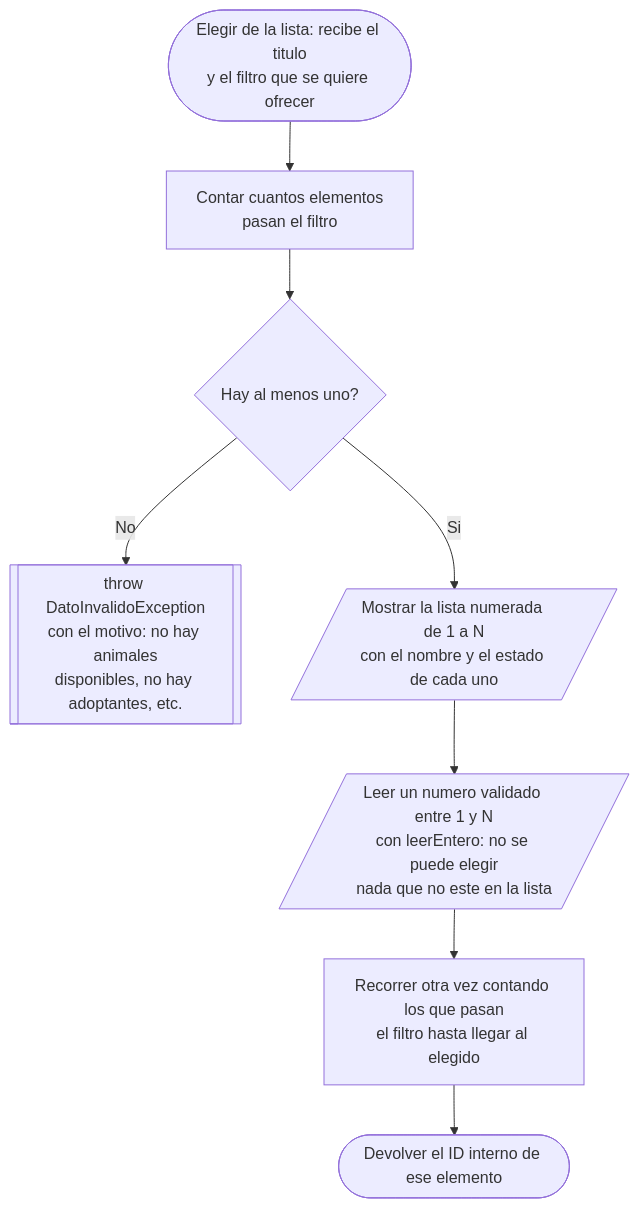
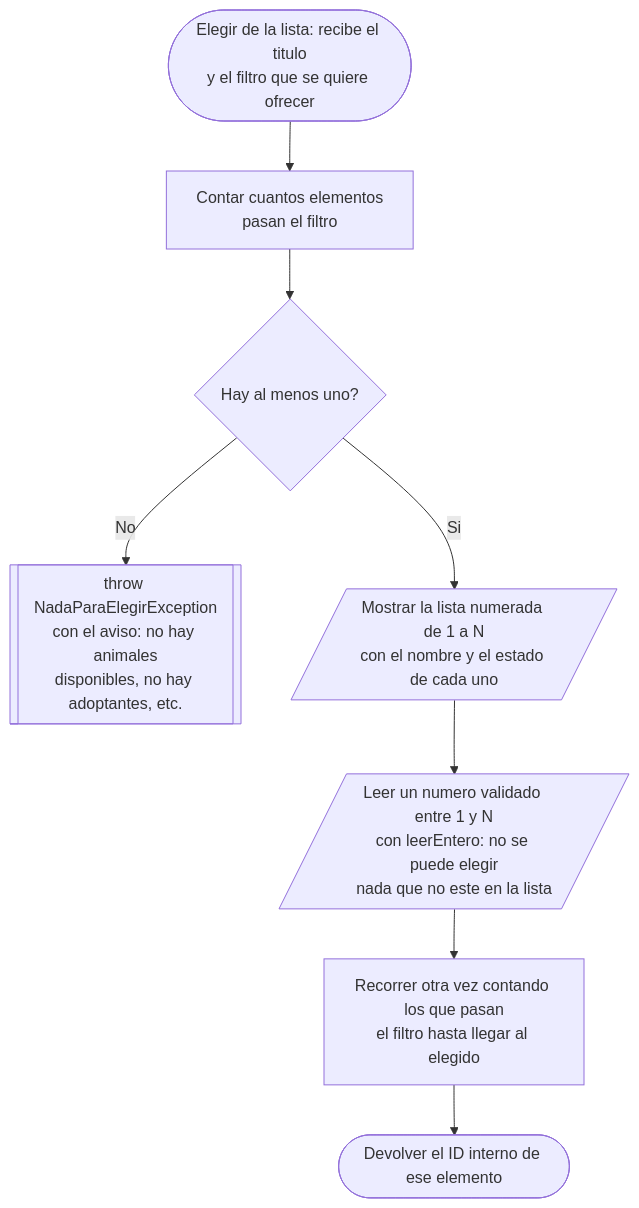
The third of 18 diagrams in DIAGRAMAS.md (tobiastardivo/REFUGIO), drawn with Mermaid before and after one commit. The commit also changed other lines of this file and 7 other files, not shown here.

````diff
--- a/DIAGRAMAS.md
+++ b/DIAGRAMAS.md
@@ -118,15 +122,15 @@
 ```mermaid
 flowchart TD
     INI(["Elegir de la lista: recibe el titulo<br/>y el filtro que se quiere ofrecer"])
     CUENTA["Contar cuantos elementos<br/>pasan el filtro"]
     HAY{"Hay al menos uno?"}
-    THROW[["throw DatoInvalidoException<br/>con el motivo: no hay animales<br/>disponibles, no hay adoptantes, etc."]]
+    THROW[["throw NadaParaElegirException<br/>con el aviso: no hay animales<br/>disponibles, no hay adoptantes, etc."]]
     LISTA[/"Mostrar la lista numerada de 1 a N<br/>con el nombre y el estado de cada uno"/]
     LEE[/"Leer un numero validado entre 1 y N<br/>con leerEntero: no se puede elegir<br/>nada que no este en la lista"/]
     TRAD["Recorrer otra vez contando los que pasan<br/>el filtro hasta llegar al elegido"]
     OK(["Devolver el ID interno de ese elemento"])
 
     INI --> CUENTA --> HAY
     HAY -->|"No"| THROW
     HAY -->|"Si"| LISTA --> LEE --> TRAD --> OK
 ```
````
